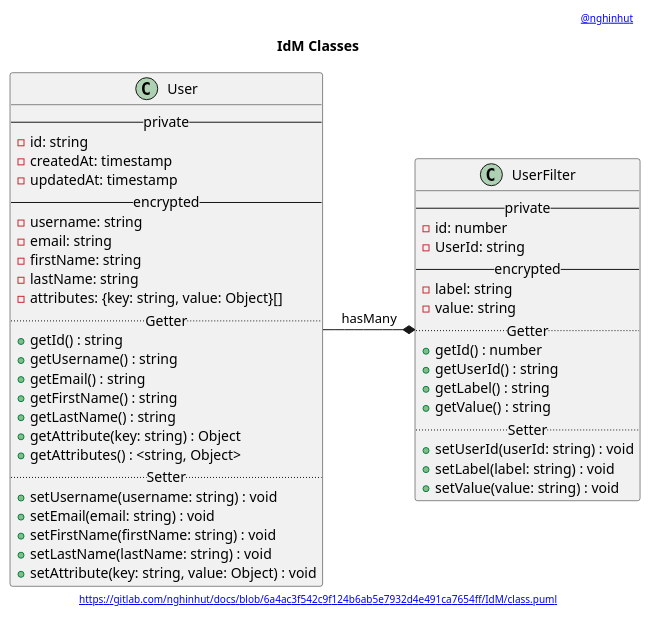
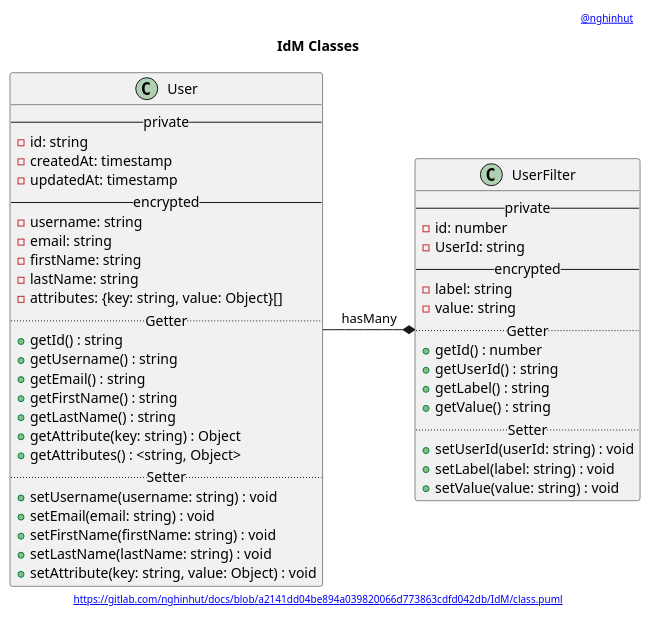
Before and after one commit to nghinhut/docs: the diagram in IdM/class.puml, drawn with PlantUML. The commit also changed 17 other files, not shown here.

Commit message:
Update diagrams

```diff
--- a/IdM/class.puml
+++ b/IdM/class.puml
@@ -1,56 +1,56 @@
 @startuml
 '-----START auto generated metadata please keep comment here to allow auto update-----
 '-----DON'T EDIT THIS SECTION, INSTEAD RE-RUN prebuild.sh TO UPDATE-----
-header [[www.nghinhut.dev?from=https%5C%3A%5C%2F%5C%2Fgitlab%5C.com%5C%2Fnghinhut%5C%2Fdocs%5C%2Fblob%5C%2F6a4ac3f542c9f124b6ab5e7932d4e491ca7654ff%5C%2FIdM%5C%2Fclass%5C.puml%0A @nghinhut]]
-footer [[http://www.plantuml.com/plantuml/proxy?fmt=svg&src=https://gitlab.com/nghinhut/docs/raw/6a4ac3f542c9f124b6ab5e7932d4e491ca7654ff/IdM/class.puml https://gitlab.com/nghinhut/docs/blob/6a4ac3f542c9f124b6ab5e7932d4e491ca7654ff/IdM/class.puml]]
+header [[https://www.nghinhut.dev?from=http%5C%3A%5C%2F%5C%2Fwww%5C.plantuml%5C.com%5C%2Fplantuml%5C%2Fproxy%3Ffmt%3Dsvg%5C%26src%3Dhttps%5C%3A%5C%2F%5C%2Fgitlab%5C.com%5C%2Fnghinhut%5C%2Fdocs%5C%2Fraw%5C%2Fa2141dd04be894a039820066d773863cdfd042db%5C%2FIdM%5C%2Fclass%5C.puml%0A @nghinhut]]
+footer [[http://www.plantuml.com/plantuml/proxy?fmt=svg&src=https://gitlab.com/nghinhut/docs/raw/a2141dd04be894a039820066d773863cdfd042db/IdM/class.puml https://gitlab.com/nghinhut/docs/blob/a2141dd04be894a039820066d773863cdfd042db/IdM/class.puml]]
 '-----END auto generated metadata please keep comment here to allow auto update-----
 title IdM Classes
 
 class "User" as user {
     -- private --
     - id: string
     - createdAt: timestamp
     - updatedAt: timestamp
     -- encrypted --
     - username: string
     - email: string
     - firstName: string
     - lastName: string
     - attributes: {key: string, value: Object}[]
     .. Getter ..
     + getId() : string
     + getUsername() : string
     + getEmail() : string
     + getFirstName() : string
     + getLastName() : string
     + getAttribute(key: string) : Object
     + getAttributes() : <string, Object>
     .. Setter ..
     + setUsername(username: string) : void
     + setEmail(email: string) : void
     + setFirstName(firstName: string) : void
     + setLastName(lastName: string) : void
     + setAttribute(key: string, value: Object) : void
 }
 
 class "UserFilter" as user_filter {
     -- private --
     - id: number
     - UserId: string
     -- encrypted --
     - label: string
     - value: string
     .. Getter ..
     + getId() : number
     + getUserId() : string
     + getLabel() : string
     + getValue() : string
     .. Setter ..
     + setUserId(userId: string) : void
     + setLabel(label: string) : void
     + setValue(value: string) : void
 }
 
 user -* user_filter : hasMany
 
 @enduml
```
